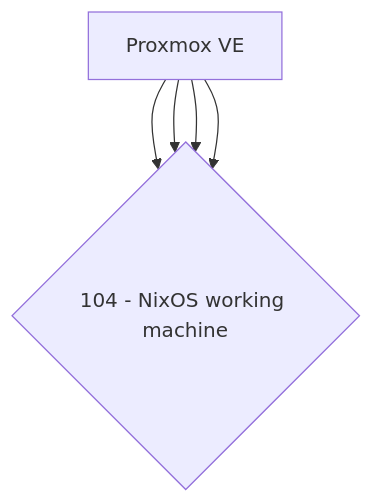
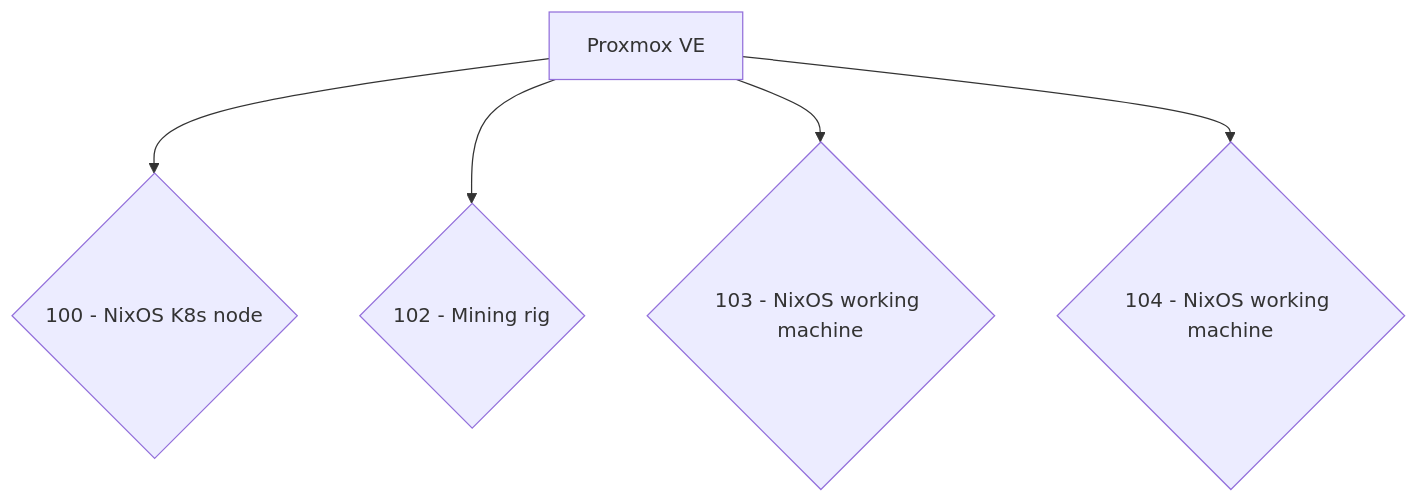
One commit to portothree/dotfiles changed the diagram in homelab/README.md. Above: the diagram before and after it, drawn with Mermaid.

````diff
--- a/homelab/README.md
+++ b/homelab/README.md
@@ -3,7 +3,7 @@
 ```mermaid
 flowchart TD
 	A[Proxmox VE] --> B{100 - NixOS K8s node};
-	A[Proxmox VE] --> B{102 - Mining rig};
-	A[Proxmox VE] --> B{103 - NixOS working machine};
-	A[Proxmox VE] --> B{104 - NixOS working machine};
+	A --> C{102 - Mining rig};
+	A --> D{103 - NixOS working machine};
+	A --> E{104 - NixOS working machine};
 ```
````
